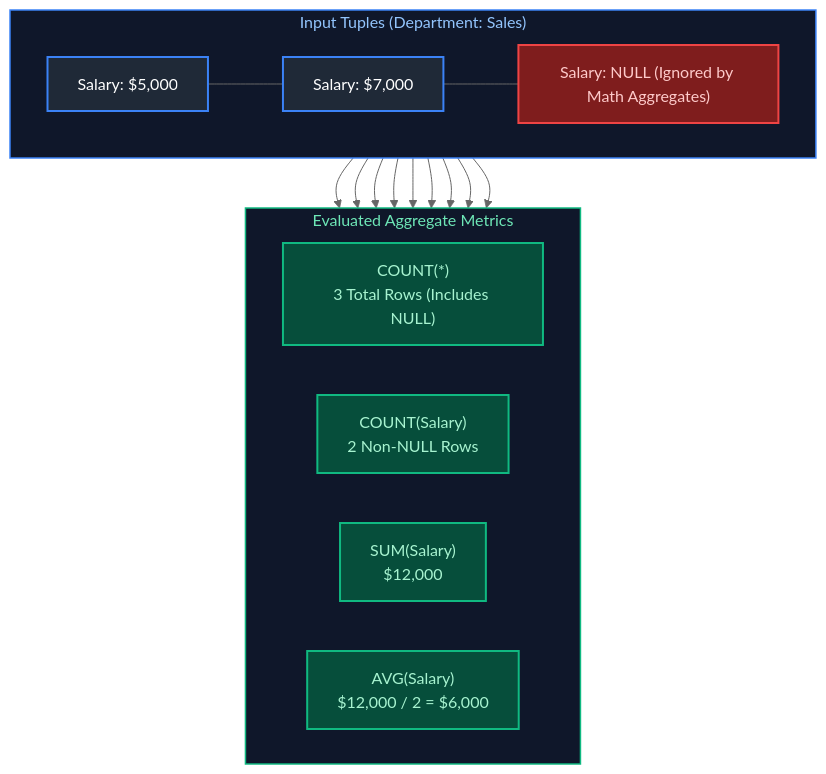
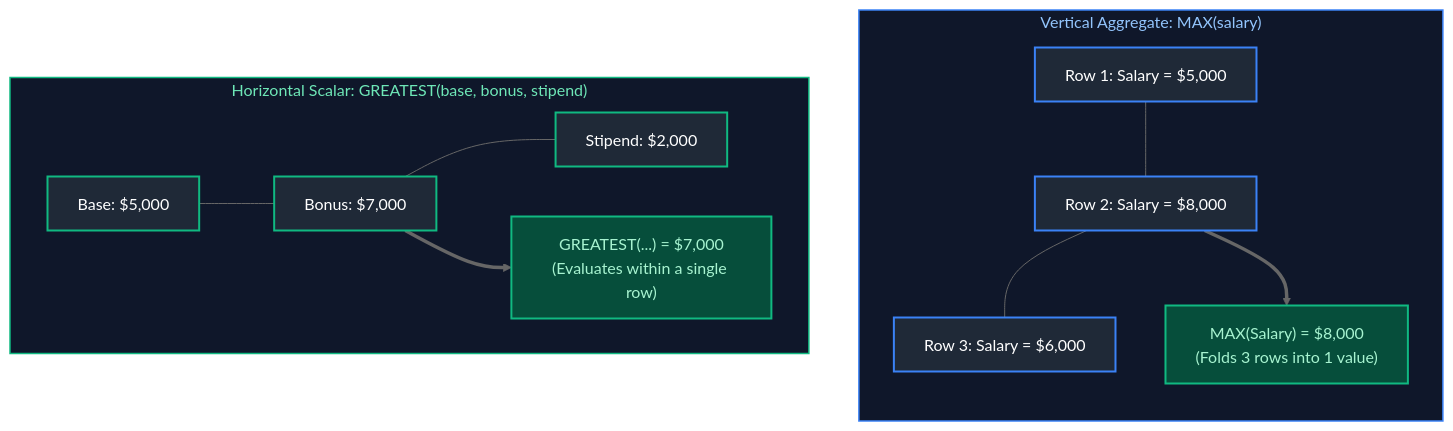
Before and after one commit to joydeep-biswas/Interview-Preparation: the fifth of 10 diagrams in Data Engineering/01_sql_fundamentals.md, drawn with Mermaid (neutral theme). The commit also changed other lines of this file and 143 other files, not shown here.

````diff
--- a/Data Engineering/01_sql_fundamentals.md
+++ b/Data Engineering/01_sql_fundamentals.md
@@ -544,30 +886,30 @@
 ```mermaid
 flowchart TD
-    subgraph RawRows ["Input Tuples (Department: Sales)"]
-        direction LR
-        R1["Salary: $5,000"] --- R2["Salary: $7,000"] --- R3["Salary: NULL (Ignored by Math Aggregates)"]
-    end
-    
-    subgraph AggEngine ["Evaluated Aggregate Metrics"]
-        direction LR
-        C1["COUNT(*)<br/>3 Total Rows (Includes NULL)"]
-        C2["COUNT(Salary)<br/>2 Non-NULL Rows"]
-        S1["SUM(Salary)<br/>$12,000"]
-        A1["AVG(Salary)<br/>$12,000 / 2 = $6,000"]
+    subgraph Vertical ["Vertical Aggregate: MAX(salary)"]
+        direction TB
+        V1["Row 1: Salary = $5,000"]
+        V2["Row 2: Salary = $8,000"]
+        V3["Row 3: Salary = $6,000"]
+        V1 --- V2 --- V3
+        VRes["MAX(Salary) = $8,000<br/>(Folds 3 rows into 1 value)"]
+        V2 ==> VRes
     end
 
-    R1 & R2 & R3 --> C1
-    R1 & R2 --> C2
-    R1 & R2 --> S1
-    R1 & R2 --> A1
+    subgraph Horizontal ["Horizontal Scalar: GREATEST(base, bonus, stipend)"]
+        direction LR
+        H1["Base: $5,000"] --- H2["Bonus: $7,000"] --- H3["Stipend: $2,000"]
+        HRes["GREATEST(...) = $7,000<br/>(Evaluates within a single row)"]
+        H2 ==> HRes
+    end
 
-    style RawRows fill:#0f172a,stroke:#3b82f6,stroke-width:1.5px,color:#93c5fd
-    style AggEngine fill:#0f172a,stroke:#10b981,stroke-width:1.5px,color:#6ee7b7
-    style R1 fill:#1f2937,stroke:#3b82f6,stroke-width:2px,color:#fff
-    style R2 fill:#1f2937,stroke:#3b82f6,stroke-width:2px,color:#fff
-    style R3 fill:#7f1d1d,stroke:#ef4444,stroke-width:2px,color:#fecaca
-    style C1 fill:#064e3b,stroke:#10b981,stroke-width:2px,color:#a7f3d0
-    style C2 fill:#064e3b,stroke:#10b981,stroke-width:2px,color:#a7f3d0
-    style S1 fill:#064e3b,stroke:#10b981,stroke-width:2px,color:#a7f3d0
-    style A1 fill:#064e3b,stroke:#10b981,stroke-width:2px,color:#a7f3d0
+    style Vertical fill:#0f172a,stroke:#3b82f6,stroke-width:1.5px,color:#93c5fd
+    style Horizontal fill:#0f172a,stroke:#10b981,stroke-width:1.5px,color:#6ee7b7
+    style V1 fill:#1f2937,stroke:#3b82f6,stroke-width:2px,color:#fff
+    style V2 fill:#1f2937,stroke:#3b82f6,stroke-width:2px,color:#fff
+    style V3 fill:#1f2937,stroke:#3b82f6,stroke-width:2px,color:#fff
+    style VRes fill:#064e3b,stroke:#10b981,stroke-width:2px,color:#a7f3d0
+    style H1 fill:#1f2937,stroke:#10b981,stroke-width:2px,color:#fff
+    style H2 fill:#1f2937,stroke:#10b981,stroke-width:2px,color:#fff
+    style H3 fill:#1f2937,stroke:#10b981,stroke-width:2px,color:#fff
+    style HRes fill:#064e3b,stroke:#10b981,stroke-width:2px,color:#a7f3d0
 ```
````
